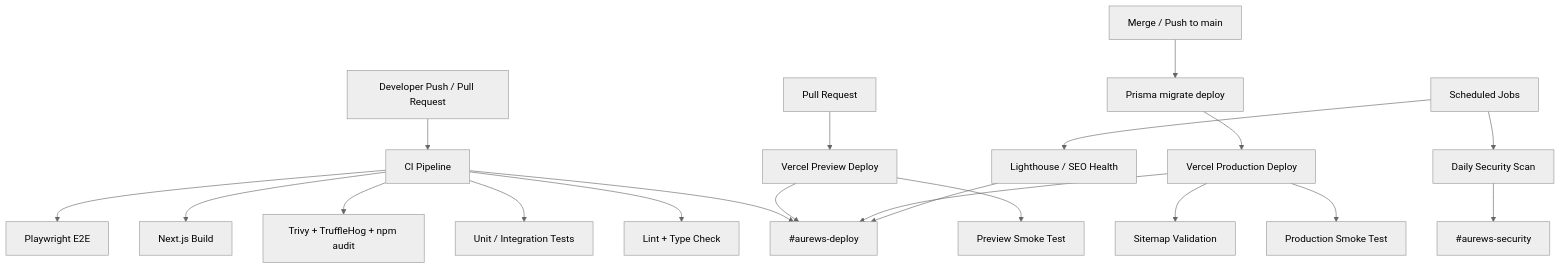
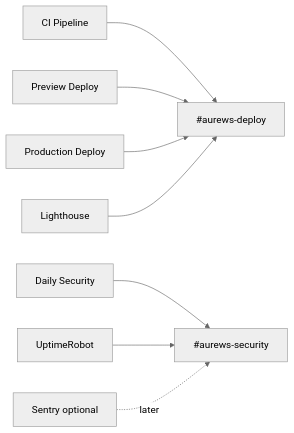
Before and after one commit to 23520904/aurews-seo: the fourth of 4 diagrams in README.md, drawn with Mermaid (neutral theme). The commit also changed other lines of this file, not shown here.

Commit message:
docs: restructure README into a premium visual landing page with Mermaid timelines and collapsible details

````diff
--- a/README.md
+++ b/README.md
@@ -206,26 +202,11 @@
 ```mermaid
-flowchart TD
-  DEV[Developer Push / Pull Request] --> CI[CI Pipeline]
-  CI --> VALIDATE[Lint + Type Check]
-  CI --> TEST[Unit / Integration Tests]
-  CI --> SECURITY[Trivy + TruffleHog + npm audit]
-  CI --> BUILD[Next.js Build]
-  CI --> E2E[Playwright E2E]
+flowchart LR
+  CI[CI Pipeline] --> DEPLOY[#aurews-deploy]
+  PREVIEW[Preview Deploy] --> DEPLOY
+  PROD[Production Deploy] --> DEPLOY
+  LH[Lighthouse] --> DEPLOY
 
-  PR[Pull Request] --> PREVIEW[Vercel Preview Deploy]
-  PREVIEW --> PREVIEW_SMOKE[Preview Smoke Test]
-
-  MAIN[Merge / Push to main] --> MIGRATE[Prisma migrate deploy]
-  MIGRATE --> PROD[Vercel Production Deploy]
-  PROD --> SMOKE[Production Smoke Test]
-  PROD --> SITEMAP[Sitemap Validation]
-
-  CRON[Scheduled Jobs] --> DAILY[Daily Security Scan]
-  CRON --> LH[Lighthouse / SEO Health]
-
-  CI --> DISCORD_DEPLOY[#aurews-deploy]
-  PREVIEW --> DISCORD_DEPLOY
-  PROD --> DISCORD_DEPLOY
-  LH --> DISCORD_DEPLOY
-  DAILY --> DISCORD_SECURITY[#aurews-security]
+  DAILY[Daily Security] --> SECURITY[#aurews-security]
+  UPTIME[UptimeRobot] --> SECURITY
+  SENTRY[Sentry optional] -. later .-> SECURITY
 ```
````
